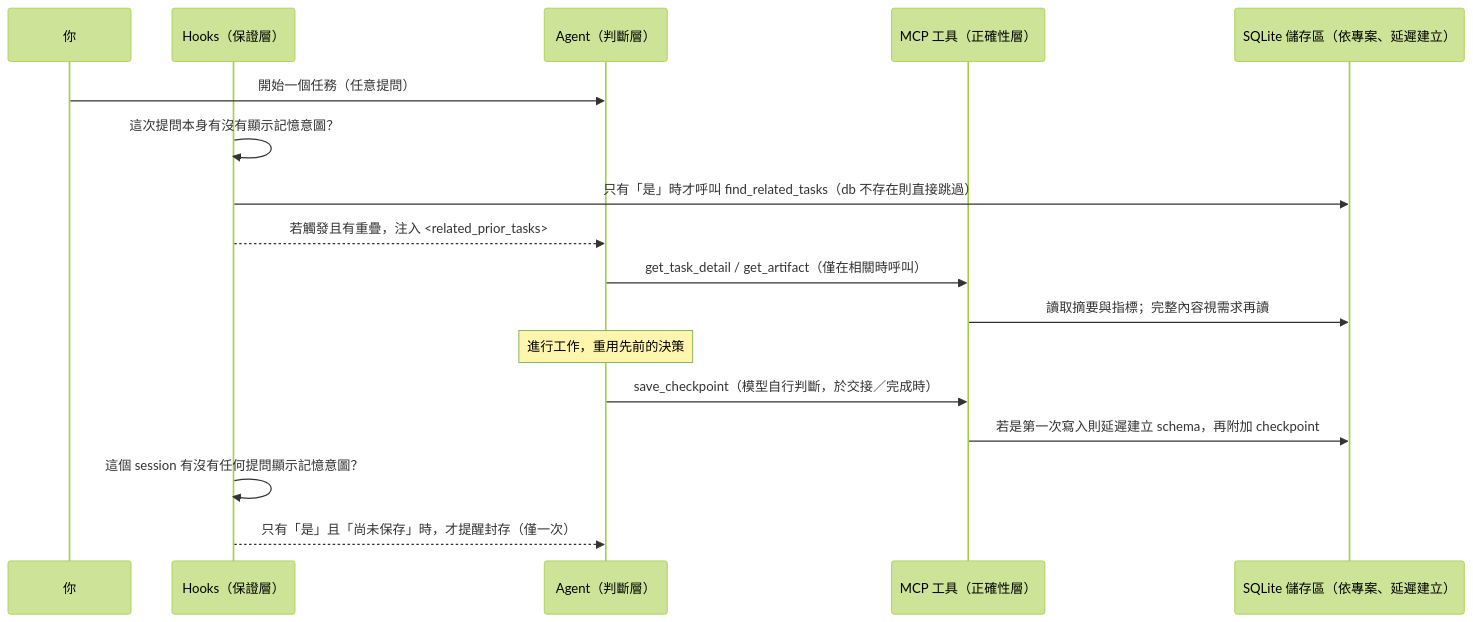
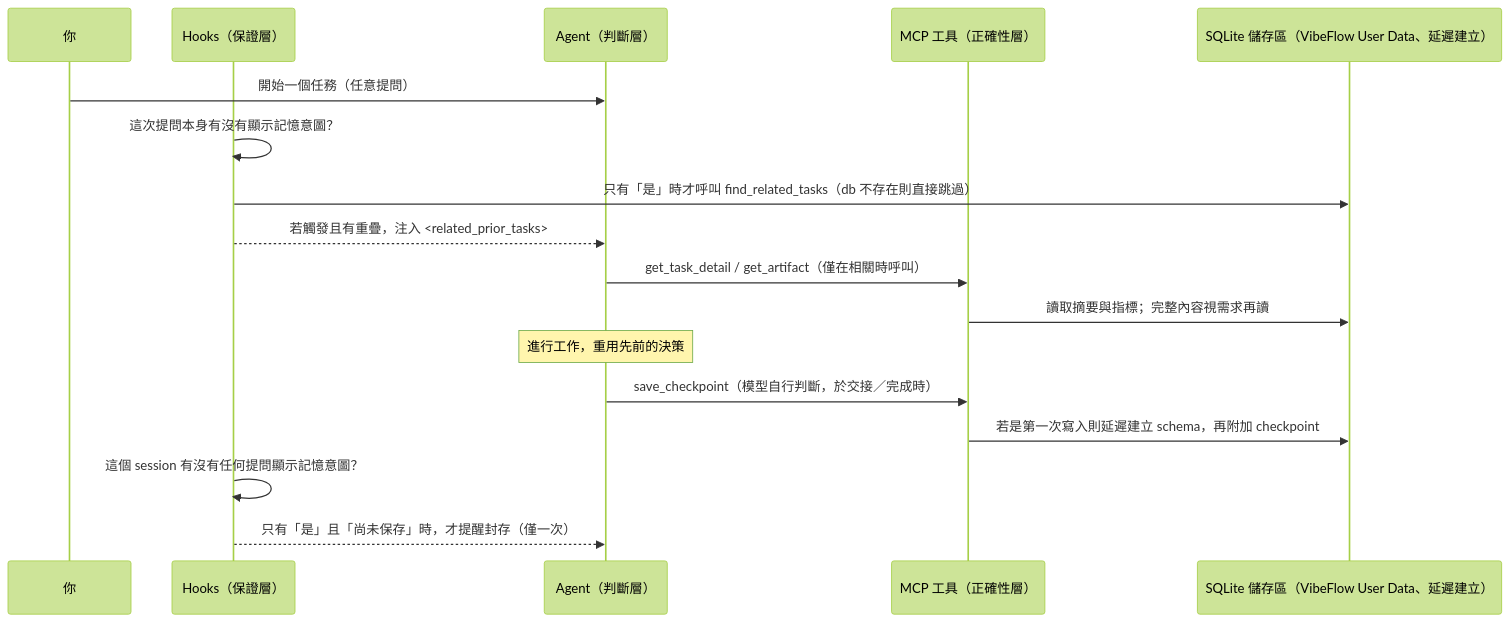
One commit to KWYeh-cl/agent-memory changed the diagram in README.md. Above: the diagram before and after it, drawn with Mermaid (forest theme). The commit also changed other lines of this file and 13 other files, not shown here.

````diff
--- a/README.md
+++ b/README.md
@@ -91,20 +99,20 @@
 ```mermaid
 sequenceDiagram
     participant U as 你
     participant Hk as Hooks（保證層）
     participant Ag as Agent（判斷層）
     participant Mc as MCP 工具（正確性層）
-    participant DB as SQLite 儲存區（依專案、延遲建立）
+    participant DB as SQLite 儲存區（VibeFlow User Data、延遲建立）
 
     U->>Ag: 開始一個任務（任意提問）
     Hk->>Hk: 這次提問本身有沒有顯示記憶意圖？
     Hk->>DB: 只有「是」時才呼叫 find_related_tasks（db 不存在則直接跳過）
     Hk-->>Ag: 若觸發且有重疊，注入 <related_prior_tasks>
     Ag->>Mc: get_task_detail / get_artifact（僅在相關時呼叫）
     Mc->>DB: 讀取摘要與指標；完整內容視需求再讀
     Note over Ag: 進行工作，重用先前的決策
     Ag->>Mc: save_checkpoint（模型自行判斷，於交接／完成時）
     Mc->>DB: 若是第一次寫入則延遲建立 schema，再附加 checkpoint
     Hk->>Hk: 這個 session 有沒有任何提問顯示記憶意圖？
     Hk-->>Ag: 只有「是」且「尚未保存」時，才提醒封存（僅一次）
 ```
````
